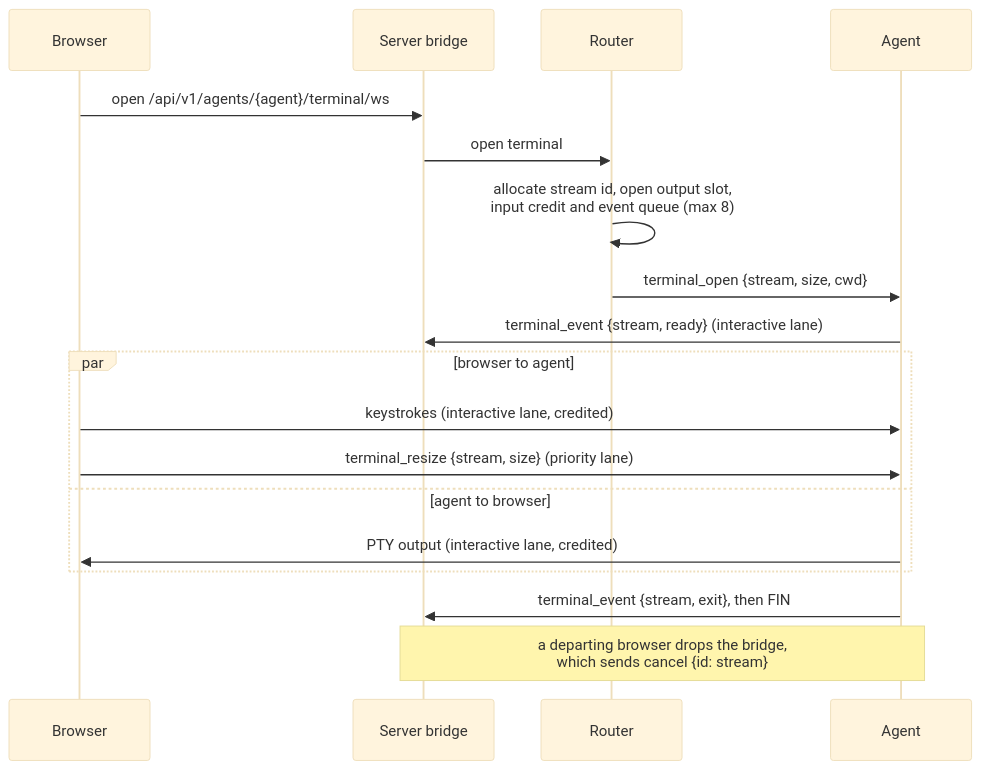
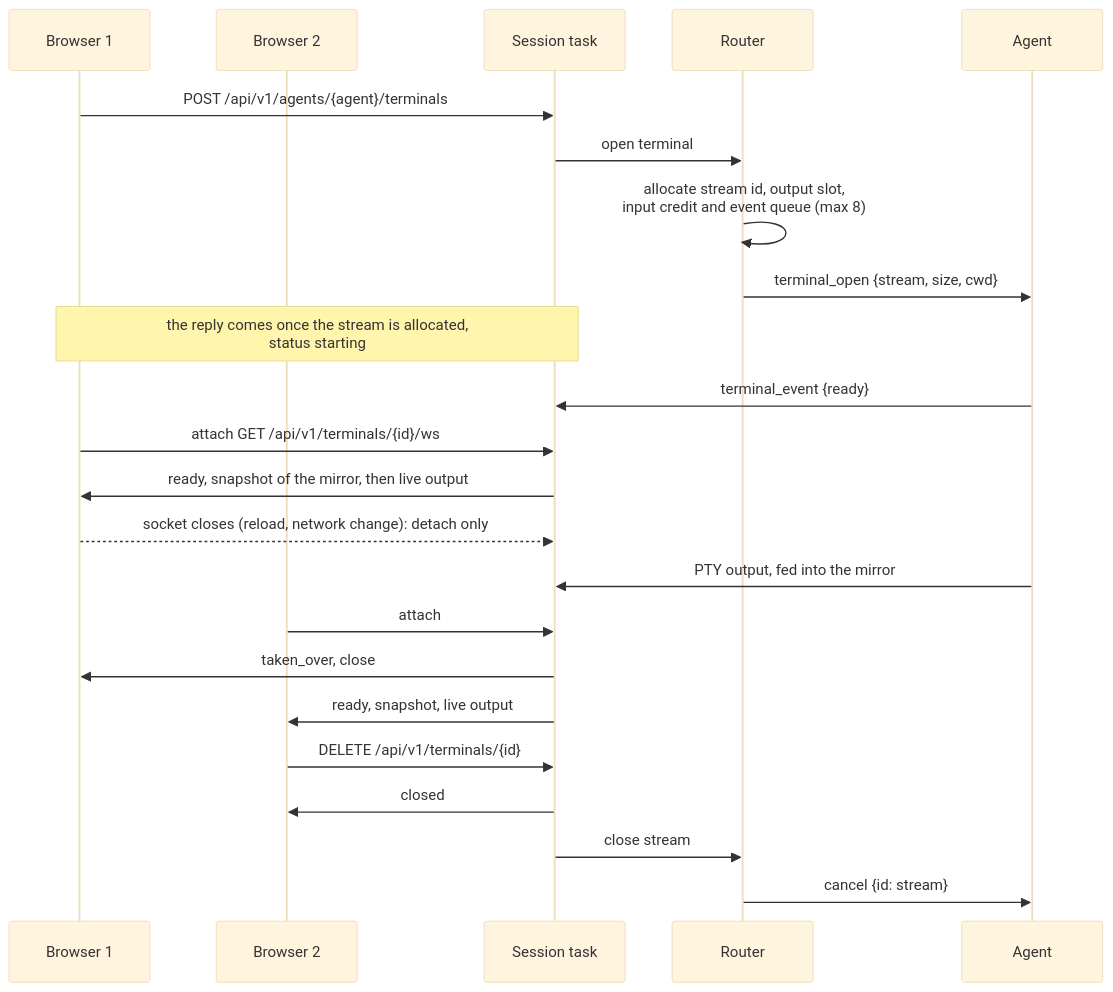
One commit to esamattis/redoor changed the tenth of 11 diagrams in ARCHITECTURE.md. Above: the diagram before and after it, drawn with Mermaid (base theme). The commit also changed other lines of this file and 23 other files, not shown here.

First line of the commit message:
Restore terminal tabs from the server's sessions

````diff
--- a/ARCHITECTURE.md
+++ b/ARCHITECTURE.md
@@ -1164,21 +1184,26 @@
 ```mermaid
 sequenceDiagram
-    participant B as Browser
-    participant S as Server bridge
+    participant B1 as Browser 1
+    participant B2 as Browser 2
+    participant T as Session task
     participant R as Router
     participant A as Agent
 
-    B->>S: open /api/v1/agents/{agent}/terminal/ws
-    S->>R: open terminal
-    R->>R: allocate stream id, open output slot,<br/>input credit and event queue (max 8)
+    B1->>T: POST /api/v1/agents/{agent}/terminals
+    T->>R: open terminal
+    R->>R: allocate stream id, output slot,<br/>input credit and event queue (max 8)
     R->>A: terminal_open {stream, size, cwd}
-    A->>S: terminal_event {stream, ready} (interactive lane)
-    par browser to agent
-        B->>A: keystrokes (interactive lane, credited)
-        B->>A: terminal_resize {stream, size} (priority lane)
-    and agent to browser
-        A->>B: PTY output (interactive lane, credited)
-    end
-    A->>S: terminal_event {stream, exit}, then FIN
-    Note over S,A: a departing browser drops the bridge,<br/>which sends cancel {id: stream}
+    Note over B1,T: the reply comes once the stream is allocated,<br/>status starting
+    A->>T: terminal_event {ready}
+    B1->>T: attach GET /api/v1/terminals/{id}/ws
+    T->>B1: ready, snapshot of the mirror, then live output
+    B1-->>T: socket closes (reload, network change): detach only
+    A->>T: PTY output, fed into the mirror
+    B2->>T: attach
+    T->>B1: taken_over, close
+    T->>B2: ready, snapshot, live output
+    B2->>T: DELETE /api/v1/terminals/{id}
+    T->>B2: closed
+    T->>R: close stream
+    R->>A: cancel {id: stream}
 ```
````
